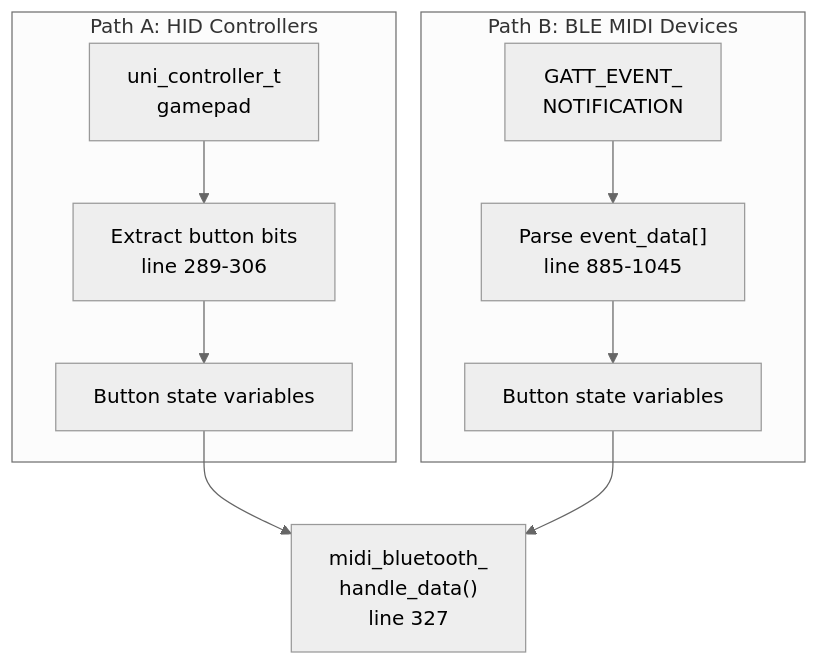
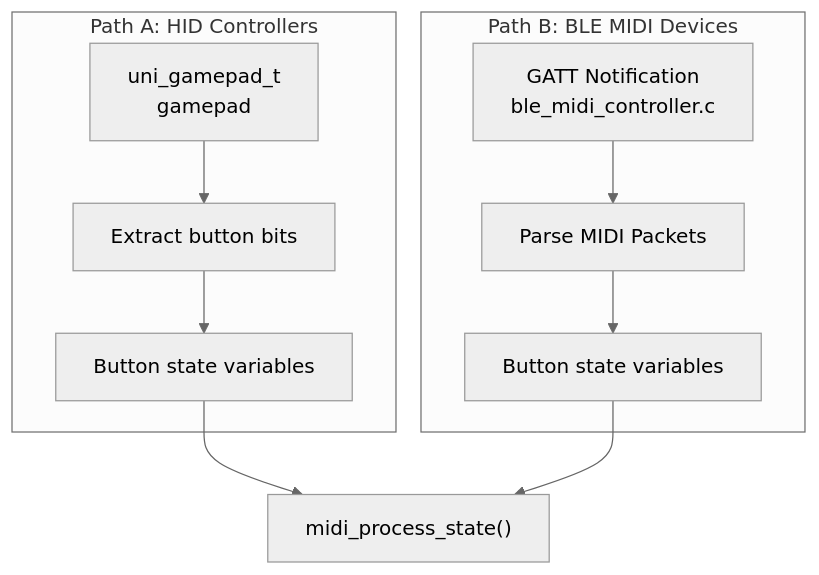
One commit to Jus-Be/orinayo-pico changed the third of 5 diagrams in wiki/3.2-data-flow-pipeline.md. Above: the diagram before and after it, drawn with Mermaid (neutral theme). The commit also changed other lines of this file and 42 other files, not shown here.

````diff
--- a/wiki/3.2-data-flow-pipeline.md
+++ b/wiki/3.2-data-flow-pipeline.md
@@ -93,30 +87,30 @@
 ```mermaid
 flowchart TD
 
-CtlData["uni_controller_t<br>gamepad"]
-ExtractA["Extract button bits<br>line 289-306"]
+CtlData["uni_gamepad_t<br>gamepad"]
+ExtractA["Extract button bits"]
 VarsA["Button state variables"]
-GATT["GATT_EVENT_<br>NOTIFICATION"]
-ParseB["Parse event_data[]<br>line 885-1045"]
+GATT["GATT Notification<br>ble_midi_controller.c"]
+ParseB["Parse MIDI Packets"]
 VarsB["Button state variables"]
-Converge["midi_bluetooth_<br>handle_data()<br>line 327"]
+Converge["midi_process_state()"]
 
 VarsA --> Converge
 VarsB --> Converge
 
 subgraph subGraph1 ["Path B: BLE MIDI Devices"]
     GATT
     ParseB
     VarsB
     GATT --> ParseB
     ParseB --> VarsB
 end
 
 subgraph subGraph0 ["Path A: HID Controllers"]
     CtlData
     ExtractA
     VarsA
     CtlData --> ExtractA
     ExtractA --> VarsA
 end
 ```
````
